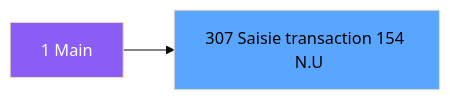
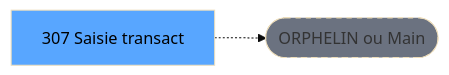
Before and after one commit to thonyAGP/lecteur-magic: the second of 3 diagrams in .openspec/renders/ADH-IDE-307.md, drawn with Mermaid (base theme). The commit also changed other lines of this file and 701 other files, not shown here.

````diff
--- a/.openspec/renders/ADH-IDE-307.md
+++ b/.openspec/renders/ADH-IDE-307.md
@@ -158,8 +142,8 @@
 ```mermaid
 graph LR
-    M[1 Main]
-    T[307 Saisie transaction 154  N.U]
-    M --> T
-    style M fill:#8b5cf6,color:#fff
+    T[307 Saisie transact]
+    ORPHAN([ORPHELIN ou Main])
+    T -.-> ORPHAN
     style T fill:#58a6ff,color:#000
+    style ORPHAN fill:#6b7280,stroke-dasharray: 5 5
 ```
````
